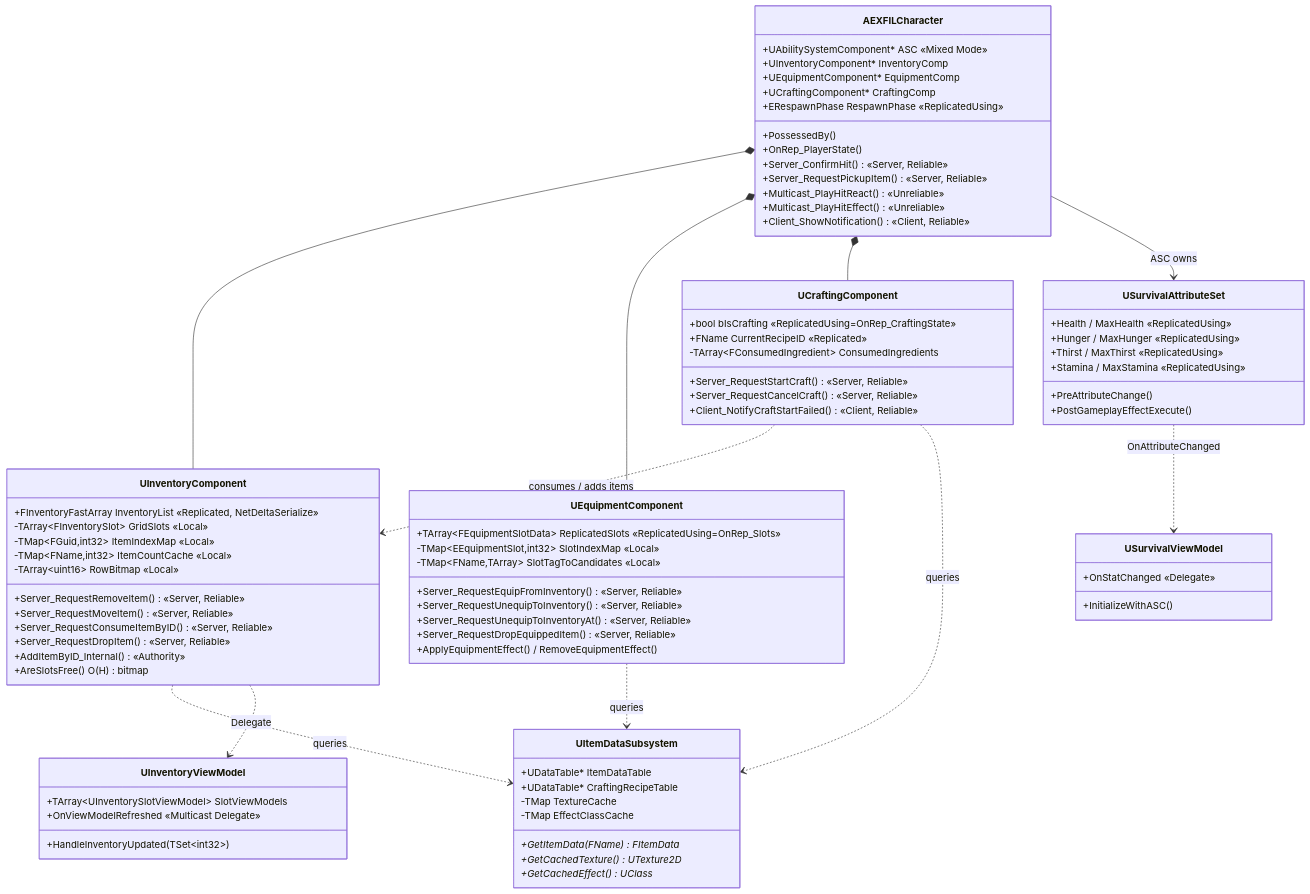
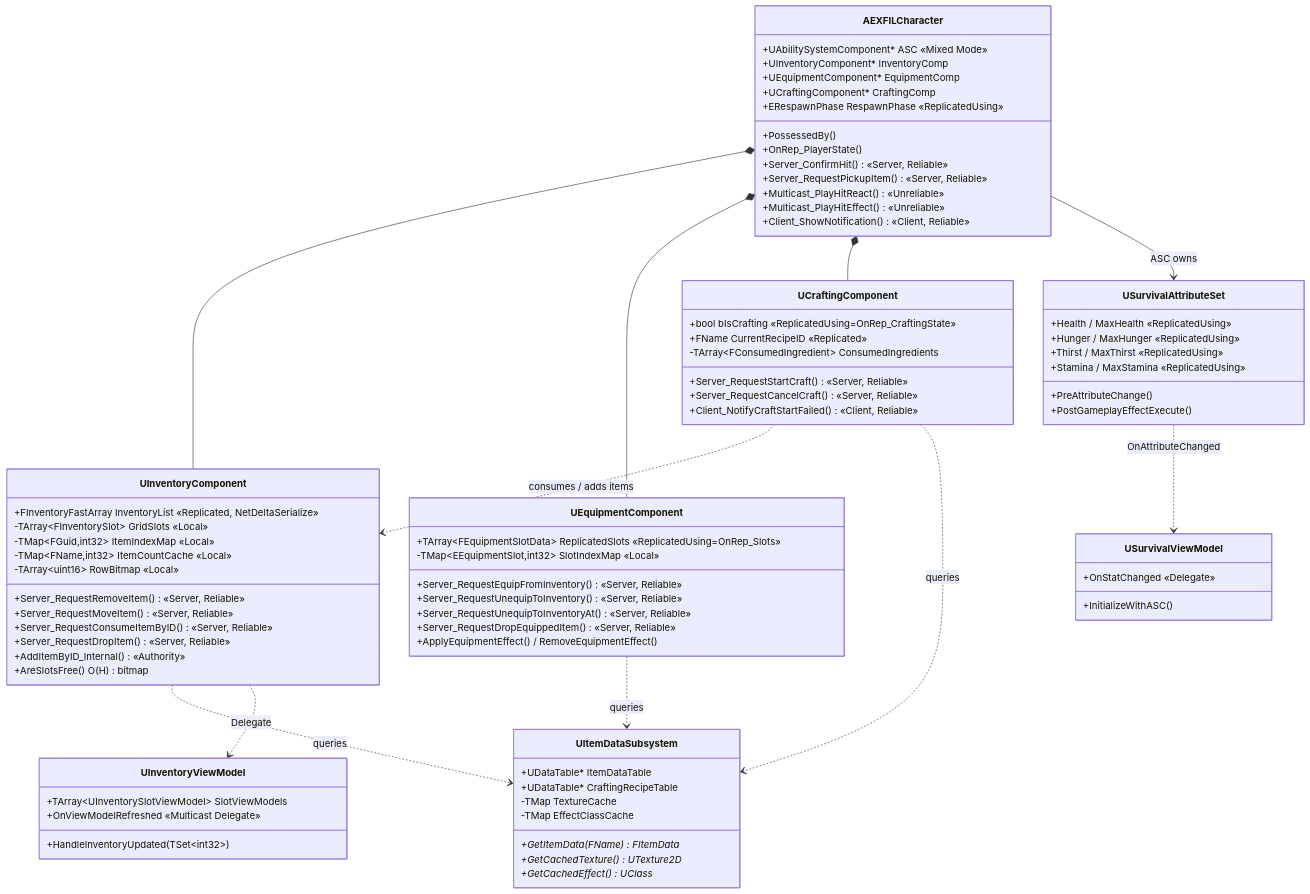
The first of 3 diagrams in README.md (agnesAqr/project_EXFIL), drawn with Mermaid before and after one commit. The commit also changed 7 other files, not shown here.

```diff
--- a/README.md
+++ b/README.md
@@ -176,7 +176,6 @@
     class UEquipmentComponent {
         +TArray~FEquipmentSlotData~ ReplicatedSlots «ReplicatedUsing=OnRep_Slots»
         -TMap~EEquipmentSlot,int32~ SlotIndexMap «Local»
-        -TMap~FName,TArray~ SlotTagToCandidates «Local»
         +Server_RequestEquipFromInventory() «Server, Reliable»
         +Server_RequestUnequipToInventory() «Server, Reliable»
         +Server_RequestUnequipToInventoryAt() «Server, Reliable»
```
